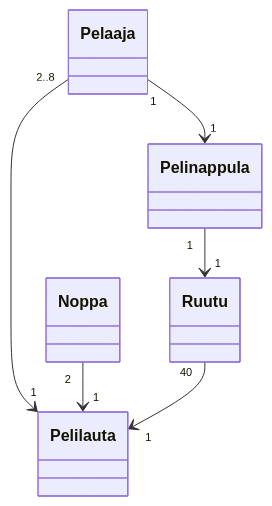
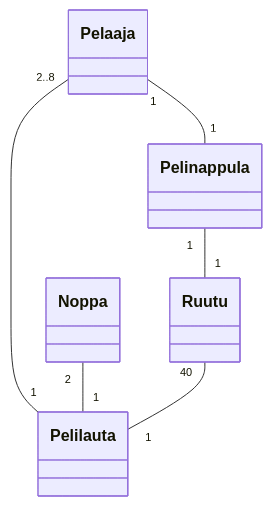
The diagram in laskarit/viikko3/monopoli.md (stalola/ot-harjoitustyo), drawn with Mermaid before and after one commit.

Commit message:
mermaid-syntaksin päivitys

````diff
--- a/laskarit/viikko3/monopoli.md
+++ b/laskarit/viikko3/monopoli.md
@@ -12,8 +12,8 @@
 ```mermaid
 classDiagram
-Pelaaja "2..8" --> "1" Pelilauta
-Noppa "2" --> "1" Pelilauta
-Ruutu "40" --> "1" Pelilauta
-Pelaaja "1" --> "1" Pelinappula
-Pelinappula "1" --> "1" Ruutu
+Pelaaja "2..8" -- "1" Pelilauta
+Noppa "2" -- "1" Pelilauta
+Ruutu "40" -- "1" Pelilauta
+Pelaaja "1" -- "1" Pelinappula
+Pelinappula "1" -- "1" Ruutu
 ```
````
